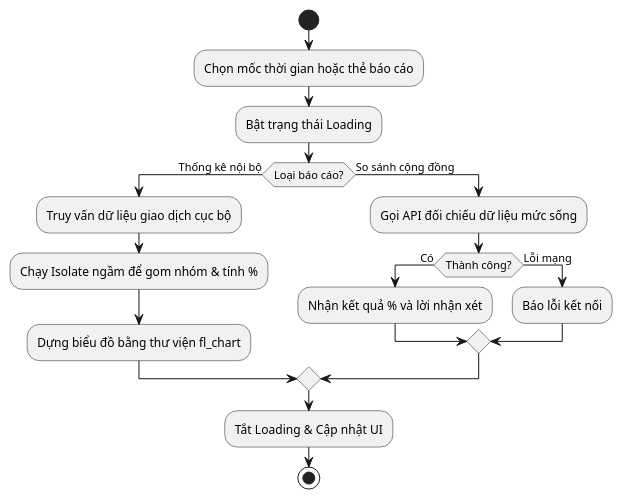
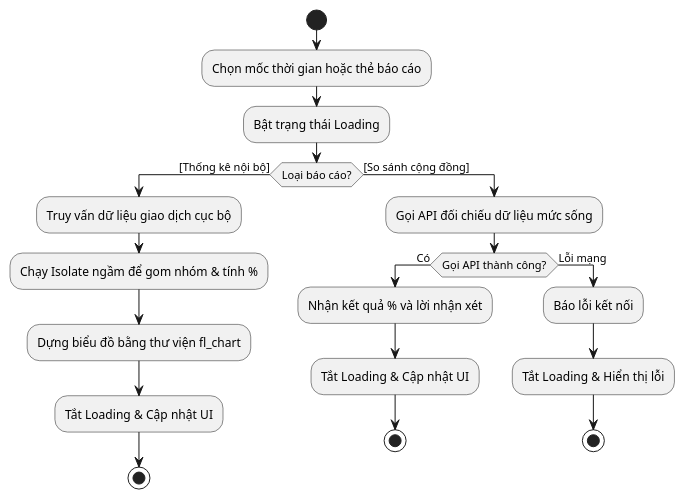
Before and after one commit to maikhang160504/spending-diary: the eighth of 27 diagrams in Luan_van_Hoan_chinh.md, drawn with PlantUML. The commit also changed other lines of this file and 95 other files, not shown here.

````diff
--- a/Luan_van_Hoan_chinh.md
+++ b/Luan_van_Hoan_chinh.md
@@ -872,21 +889,25 @@
 ```plantuml
 @startuml
 start
 :Chọn mốc thời gian hoặc thẻ báo cáo;
 :Bật trạng thái Loading;
-if (Loại báo cáo?) then (Thống kê nội bộ)
+if (Loại báo cáo?) then ([Thống kê nội bộ])
   :Truy vấn dữ liệu giao dịch cục bộ;
   :Chạy Isolate ngầm để gom nhóm & tính %;
   :Dựng biểu đồ bằng thư viện fl_chart;
-else (So sánh cộng đồng)
+  :Tắt Loading & Cập nhật UI;
+  stop
+else ([So sánh cộng đồng])
   :Gọi API đối chiếu dữ liệu mức sống;
-  if (Thành công?) then (Có)
+  if (Gọi API thành công?) then (Có)
     :Nhận kết quả % và lời nhận xét;
+    :Tắt Loading & Cập nhật UI;
+    stop
   else (Lỗi mạng)
     :Báo lỗi kết nối;
+    :Tắt Loading & Hiển thị lỗi;
+    stop
   endif
 endif
-:Tắt Loading & Cập nhật UI;
-stop
 @enduml
 ```
````
